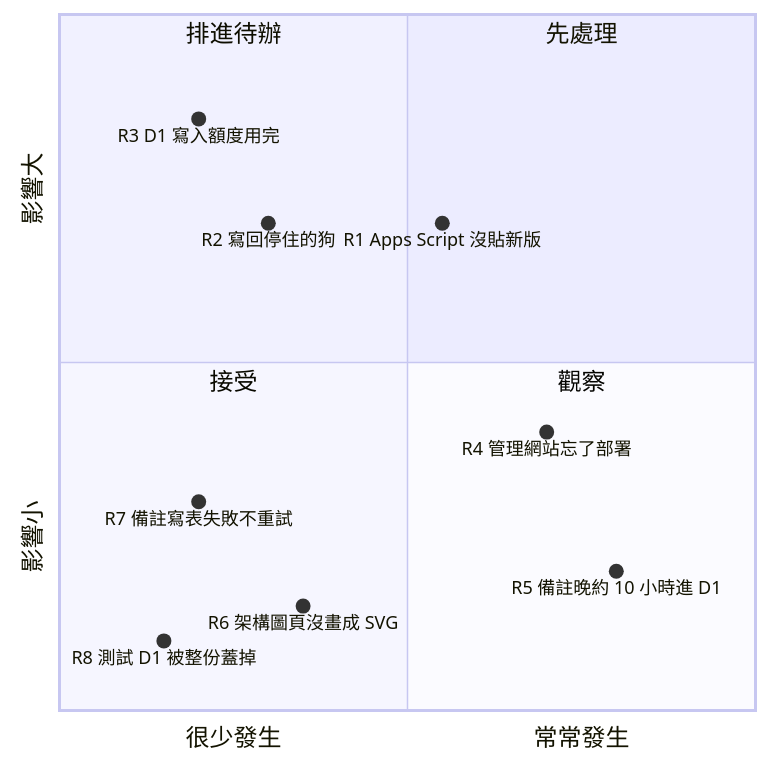
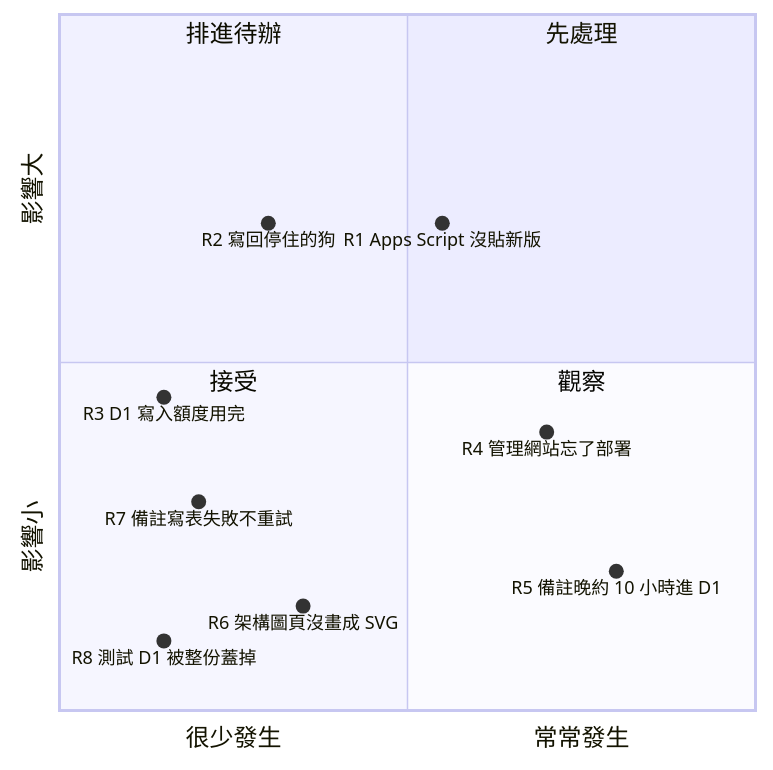
The seventh of 7 diagrams in docs/ARCHITECTURE.md (jiatsenK/bq-shelter-dogs), drawn with Mermaid before and after one commit. The commit also changed other lines of this file, not shown here.

Commit message:
docs: 決策地圖照 ADR 原文、風險處理方式跟象限對齊

````diff
--- a/docs/ARCHITECTURE.md
+++ b/docs/ARCHITECTURE.md
@@ -390,17 +390,17 @@
 ```mermaid
 quadrantChart
   x-axis "很少發生" --> "常常發生"
   y-axis "影響小" --> "影響大"
   quadrant-1 "先處理"
   quadrant-2 "排進待辦"
   quadrant-3 "接受"
   quadrant-4 "觀察"
   "R1 Apps Script 沒貼新版": [0.55, 0.7]
   "R2 寫回停住的狗": [0.3, 0.7]
-  "R3 D1 寫入額度用完": [0.2, 0.85]
+  "R3 D1 寫入額度用完": [0.15, 0.45]
   "R4 管理網站忘了部署": [0.7, 0.4]
   "R5 備註晚約 10 小時進 D1": [0.8, 0.2]
   "R6 架構圖頁沒畫成 SVG": [0.35, 0.15]
   "R7 備註寫表失敗不重試": [0.2, 0.3]
   "R8 測試 D1 被整份蓋掉": [0.15, 0.1]
 ```
````
